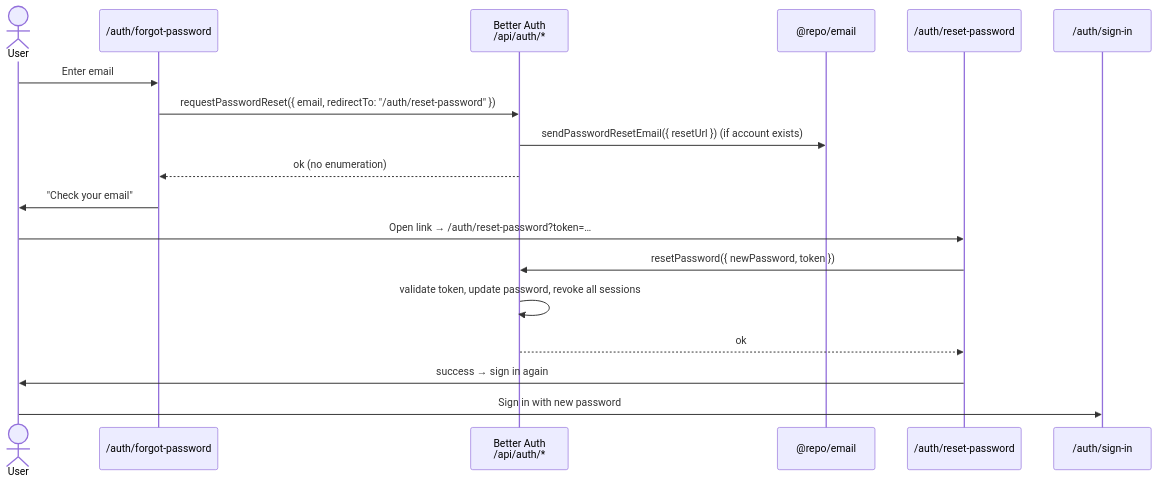
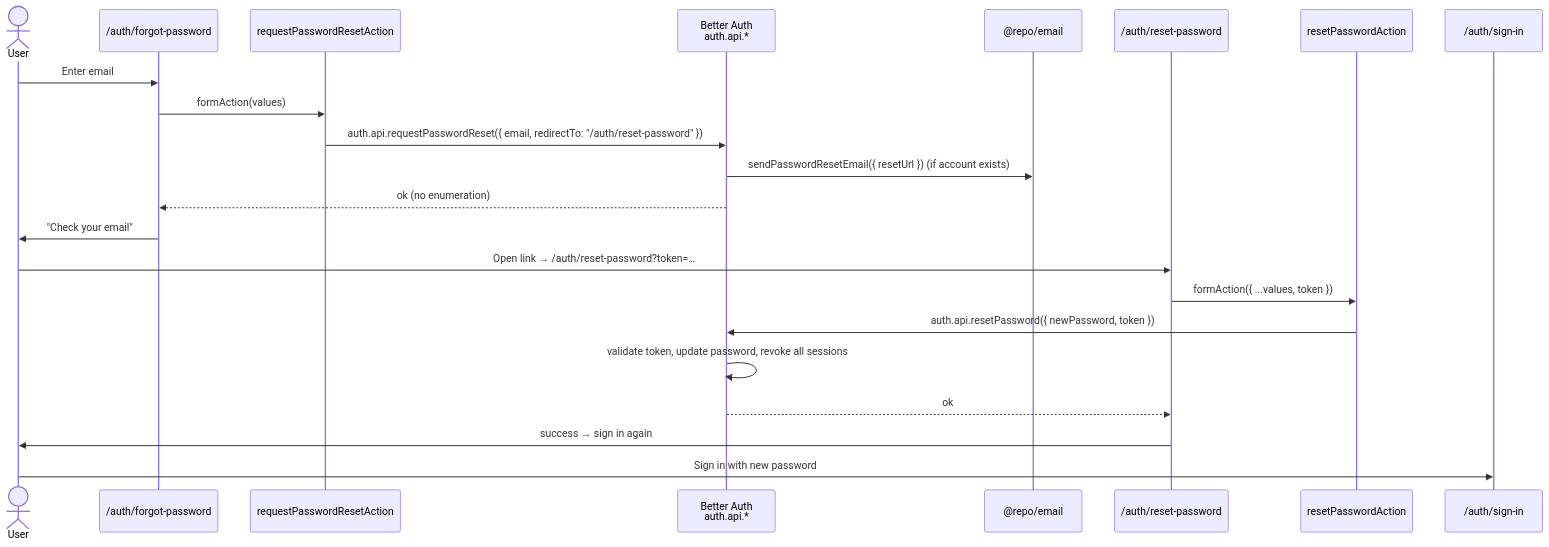
Before and after one commit to saasprokit-com/saasprokit: the diagram in docs/content/docs/authentication/password-reset.mdx, drawn with Mermaid. The commit also changed other lines of this file and 47 other files, not shown here.

````diff
--- a/docs/content/docs/authentication/password-reset.mdx
+++ b/docs/content/docs/authentication/password-reset.mdx
@@ -81,21 +81,25 @@
 ```mermaid
 sequenceDiagram
     actor User
     participant Forgot as /auth/forgot-password
-    participant BA as Better Auth<br/>/api/auth/*
+    participant Request as requestPasswordResetAction
+    participant BA as Better Auth<br/>auth.api.*
     participant Email as @repo/email
     participant Reset as /auth/reset-password
+    participant ResetAction as resetPasswordAction
     participant SignIn as /auth/sign-in
 
     User->>Forgot: Enter email
-    Forgot->>BA: requestPasswordReset({ email, redirectTo: "/auth/reset-password" })
+    Forgot->>Request: formAction(values)
+    Request->>BA: auth.api.requestPasswordReset({ email, redirectTo: "/auth/reset-password" })
     BA->>Email: sendPasswordResetEmail({ resetUrl }) (if account exists)
     BA-->>Forgot: ok (no enumeration)
     Forgot->>User: "Check your email"
     User->>Reset: Open link → /auth/reset-password?token=…
-    Reset->>BA: resetPassword({ newPassword, token })
+    Reset->>ResetAction: formAction({ ...values, token })
+    ResetAction->>BA: auth.api.resetPassword({ newPassword, token })
     BA->>BA: validate token, update password, revoke all sessions
     BA-->>Reset: ok
     Reset->>User: success → sign in again
     User->>SignIn: Sign in with new password
 ```
````
